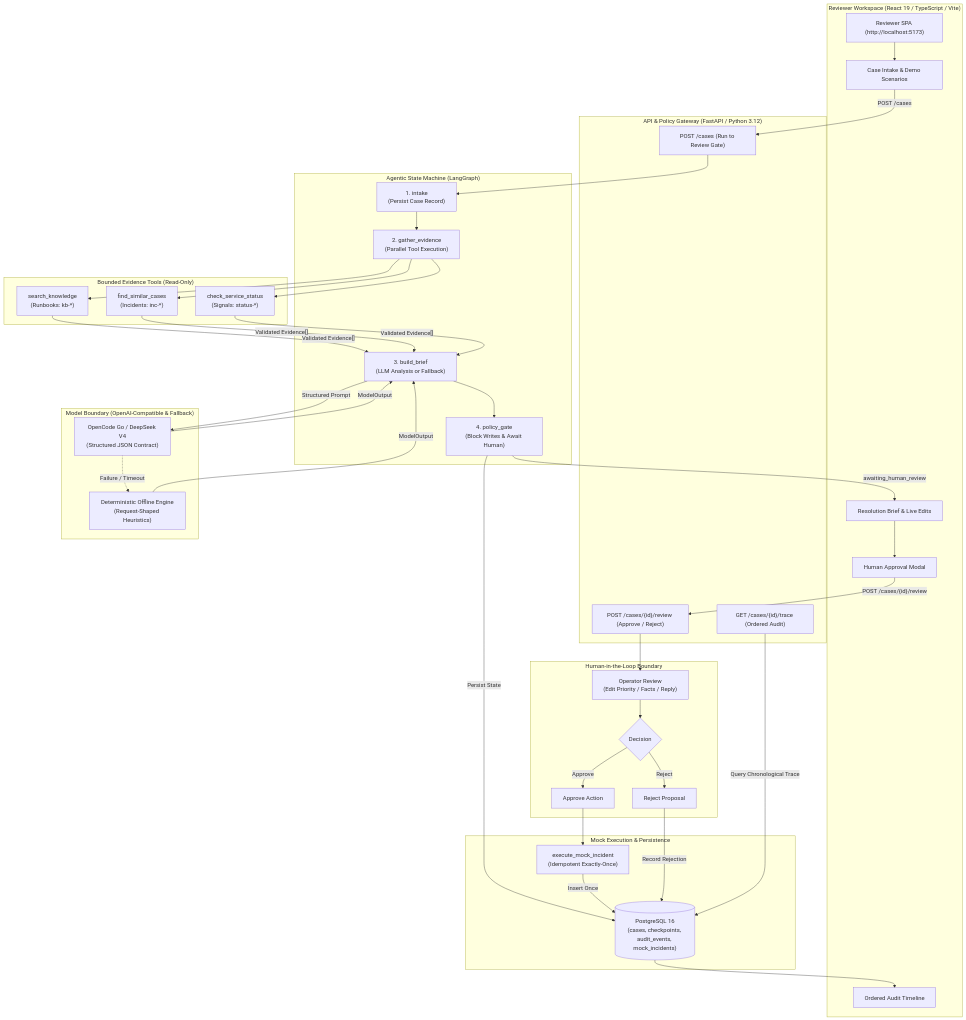
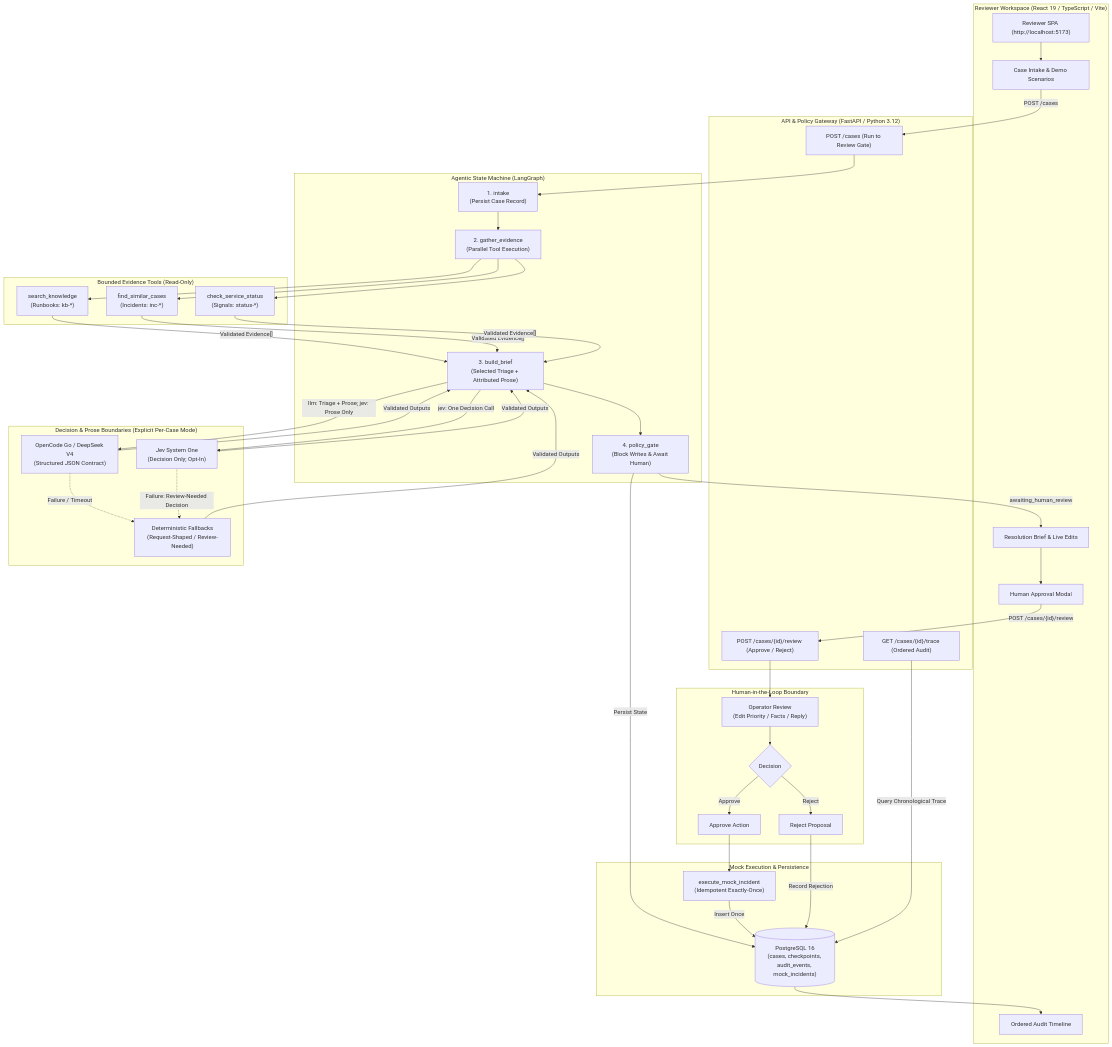
One commit to laser54/ai-support-operator-copilot changed the diagram in README.md. Above: the diagram before and after it, drawn with Mermaid. The commit also changed other lines of this file and 8 other files, not shown here.

Commit message:
feat(jev): explicit per-case triage mode with safe fallback through revisions (#16) (#21)

````diff
--- a/README.md
+++ b/README.md
@@ -37,78 +37,81 @@
 ```mermaid
 flowchart TD
     subgraph Client ["Reviewer Workspace (React 19 / TypeScript / Vite)"]
         UI["Reviewer SPA (http://localhost:5173)"]
         Intake["Case Intake & Demo Scenarios"]
         Workspace["Resolution Brief & Live Edits"]
         GateModal["Human Approval Modal"]
         TraceUI["Ordered Audit Timeline"]
     end
 
     subgraph API ["API & Policy Gateway (FastAPI / Python 3.12)"]
         CaseRoute["POST /cases (Run to Review Gate)"]
         ReviewRoute["POST /cases/{id}/review (Approve / Reject)"]
         TraceRoute["GET /cases/{id}/trace (Ordered Audit)"]
     end
 
     subgraph Orchestrator ["Agentic State Machine (LangGraph)"]
         N_Intake["1. intake\n(Persist Case Record)"]
         N_Evidence["2. gather_evidence\n(Parallel Tool Execution)"]
-        N_Brief["3. build_brief\n(LLM Analysis or Fallback)"]
+        N_Brief["3. build_brief\n(Selected Triage + Attributed Prose)"]
         N_Gate["4. policy_gate\n(Block Writes & Await Human)"]
     end
 
     subgraph Tools ["Bounded Evidence Tools (Read-Only)"]
         T_KB["search_knowledge\n(Runbooks: kb-*)"]
         T_Cases["find_similar_cases\n(Incidents: inc-*)"]
         T_Status["check_service_status\n(Signals: status-*)"]
     end
 
-    subgraph Intelligence ["Model Boundary (OpenAI-Compatible & Fallback)"]
+    subgraph Intelligence ["Decision & Prose Boundaries (Explicit Per-Case Mode)"]
         LLM["OpenCode Go / DeepSeek V4\n(Structured JSON Contract)"]
-        Fallback["Deterministic Offline Engine\n(Request-Shaped Heuristics)"]
+        Jev["Jev System One\n(Decision Only; Opt-In)"]
+        Fallback["Deterministic Fallbacks\n(Request-Shaped / Review-Needed)"]
     end
 
     subgraph HumanGate ["Human-in-the-Loop Boundary"]
         Operator["Operator Review\n(Edit Priority / Facts / Reply)"]
         Decision{"Decision"}
         Approve["Approve Action"]
         Reject["Reject Proposal"]
     end
 
     subgraph ExecutionLayer ["Mock Execution & Persistence"]
         Executor["execute_mock_incident\n(Idempotent Exactly-Once)"]
         PG[("PostgreSQL 16\n(cases, checkpoints, audit_events, mock_incidents)")]
     end
 
     UI --> Intake
     Intake -->|"POST /cases"| CaseRoute
     CaseRoute --> N_Intake
     N_Intake --> N_Evidence
 
     N_Evidence --> T_KB
     N_Evidence --> T_Cases
     N_Evidence --> T_Status
     T_KB & T_Cases & T_Status -->|"Validated Evidence[]"| N_Brief
 
-    N_Brief -->|"Structured Prompt"| LLM
+    N_Brief -->|"llm: Triage + Prose; jev: Prose Only"| LLM
+    N_Brief -->|"jev: One Decision Call"| Jev
     LLM -.->|"Failure / Timeout"| Fallback
-    LLM & Fallback -->|"ModelOutput"| N_Brief
+    Jev -.->|"Failure: Review-Needed Decision"| Fallback
+    LLM & Jev & Fallback -->|"Validated Outputs"| N_Brief
 
     N_Brief --> N_Gate
     N_Gate -->|"Persist State"| PG
     N_Gate -->|"awaiting_human_review"| Workspace
 
     Workspace --> GateModal
     GateModal -->|"POST /cases/{id}/review"| ReviewRoute
     ReviewRoute --> Operator
     Operator --> Decision
 
     Decision -->|Approve| Approve
     Decision -->|Reject| Reject
 
     Approve --> Executor
     Executor -->|"Insert Once"| PG
     Reject -->|"Record Rejection"| PG
     TraceRoute -->|"Query Chronological Trace"| PG
     PG --> TraceUI
 ```
````
